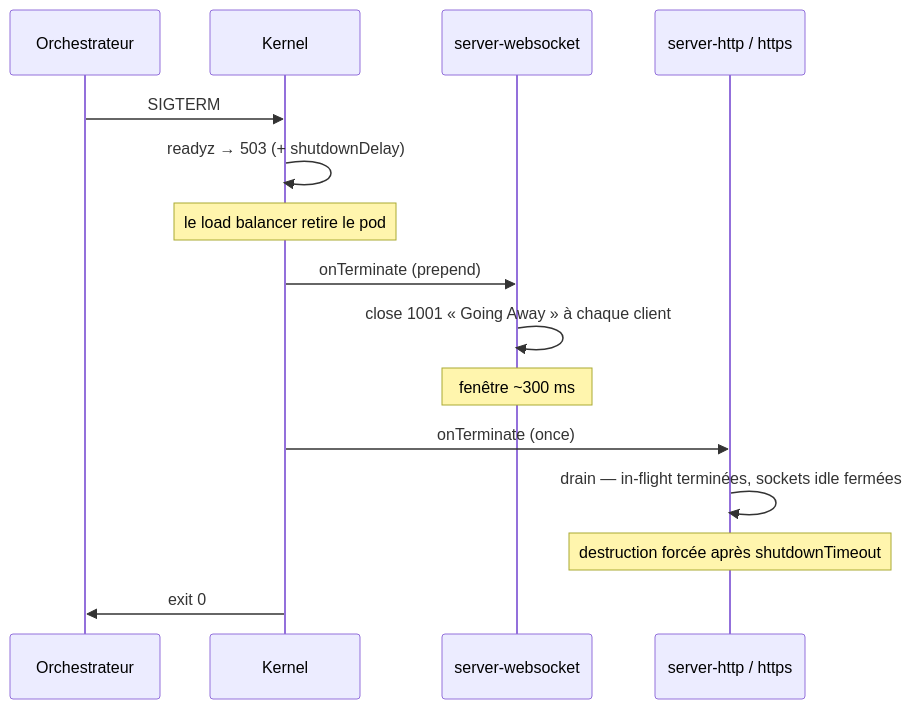
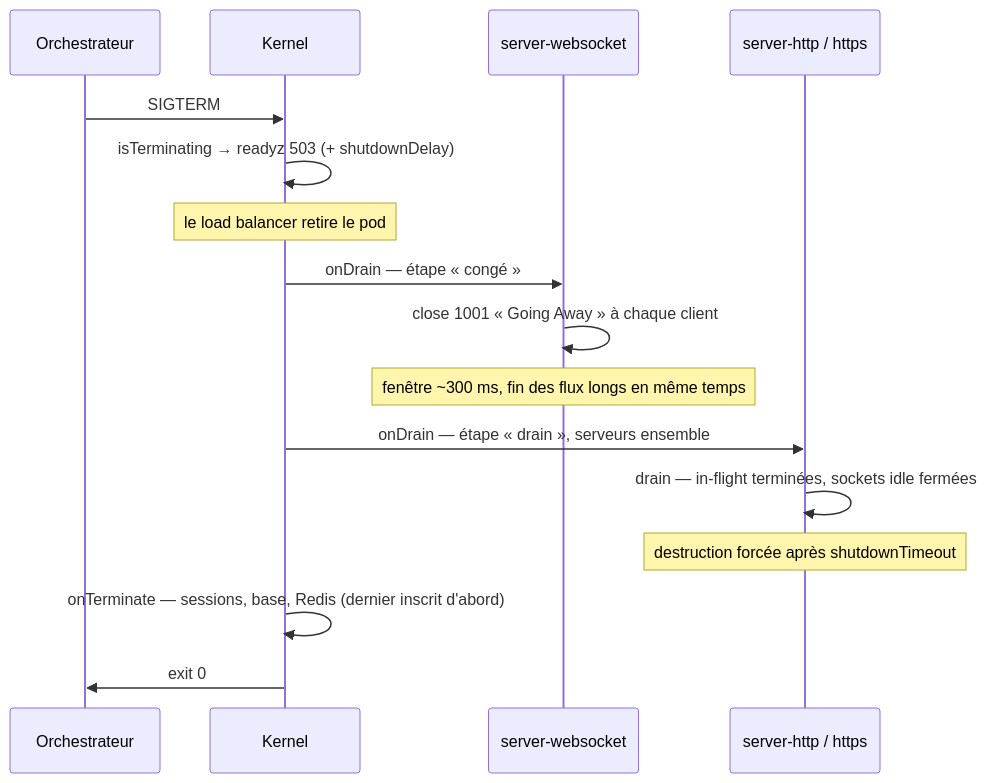
The second of 2 diagrams in src/packages/@nodefony/http/docs/servers.md (nodefony/nodefony-core), drawn with Mermaid before and after one commit. The commit also changed other lines of this file and 21 other files, not shown here.

````diff
--- a/src/packages/@nodefony/http/docs/servers.md
+++ b/src/packages/@nodefony/http/docs/servers.md
@@ -861,17 +863,18 @@
 ```mermaid
 sequenceDiagram
   participant O as Orchestrateur
   participant K as Kernel
   participant W as server-websocket
   participant H as server-http / https
   O->>K: SIGTERM
-  K->>K: readyz → 503 (+ shutdownDelay)
+  K->>K: isTerminating → readyz 503 (+ shutdownDelay)
   Note over K: le load balancer retire le pod
-  K->>W: onTerminate (prepend)
+  K->>W: onDrain — étape « congé »
   W->>W: close 1001 « Going Away » à chaque client
-  Note over W: fenêtre ~300 ms
-  K->>H: onTerminate (once)
+  Note over W: fenêtre ~300 ms, fin des flux longs en même temps
+  K->>H: onDrain — étape « drain », serveurs ensemble
   H->>H: drain — in-flight terminées, sockets idle fermées
   Note over H: destruction forcée après shutdownTimeout
+  K->>K: onTerminate — sessions, base, Redis (dernier inscrit d'abord)
   K->>O: exit 0
 ```
````
